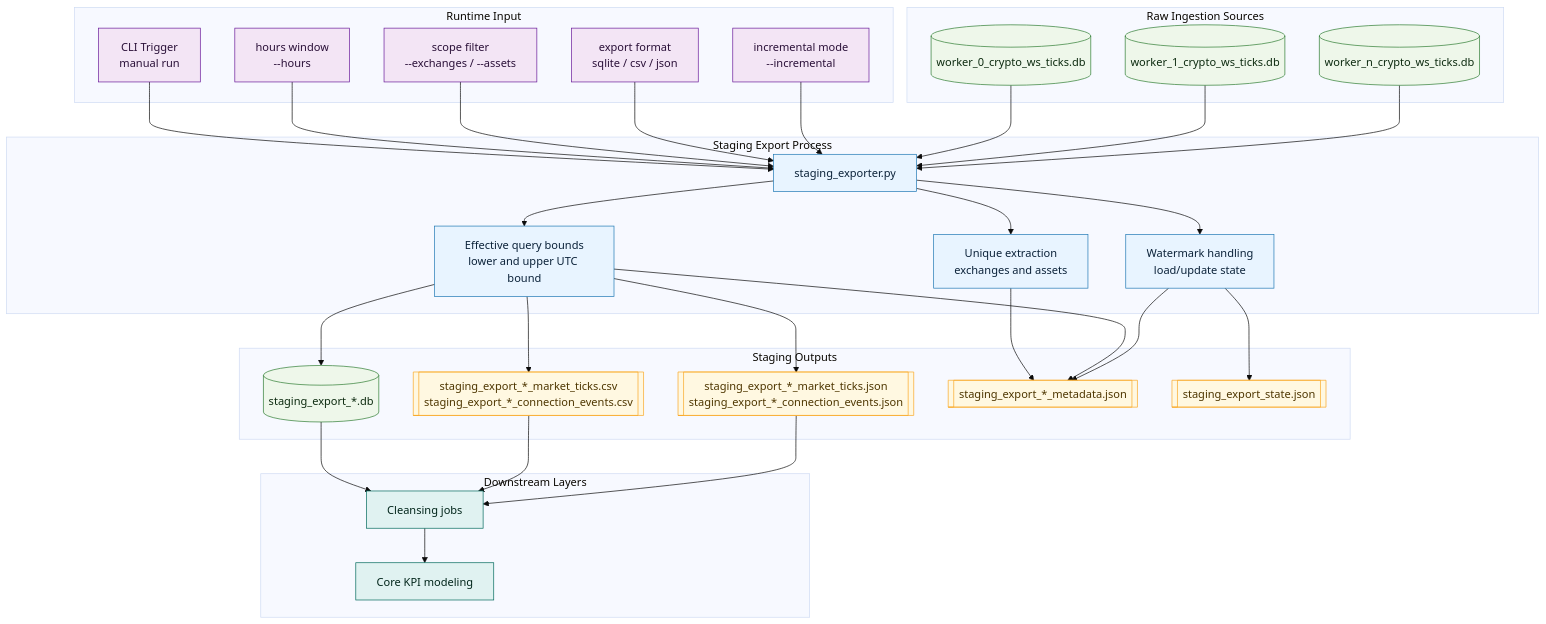
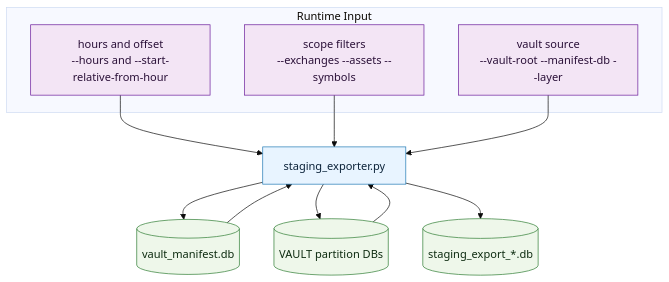
The diagram in diagrams/2_staging/uml_architecture_staging_export.mmd (laiki/crypto_DWH), drawn with Mermaid (base theme) before and after one commit. The commit also changed 172 other files, not shown here.

Commit message:
implementation of the new architecture

```diff
--- a/diagrams/2_staging/uml_architecture_staging_export.mmd
+++ b/diagrams/2_staging/uml_architecture_staging_export.mmd
@@ -1,73 +1,26 @@
 flowchart TB
     classDef proc fill:#e8f4ff,stroke:#1f78b4,stroke-width:1px,color:#0b2239
     classDef db fill:#eef7ea,stroke:#2e7d32,stroke-width:1px,color:#0d2b10
-    classDef file fill:#fff8e1,stroke:#f9a825,stroke-width:1px,color:#4e3600
     classDef cfg fill:#f3e5f5,stroke:#6a1b9a,stroke-width:1px,color:#2a1038
-    classDef out fill:#e0f2f1,stroke:#00695c,stroke-width:1px,color:#00251a
-
-    subgraph SRC[Raw Ingestion Sources]
-        W0[(worker_0_crypto_ws_ticks.db)]
-        W1[(worker_1_crypto_ws_ticks.db)]
-        WN[(worker_n_crypto_ws_ticks.db)]
-    end
-    class W0,W1,WN db
 
     subgraph CFG[Runtime Input]
-        CLI[CLI Trigger<br/>manual run]
-        P1[hours window<br/>--hours]
-        P2[scope filter<br/>--exchanges / --assets]
-        P3[export format<br/>sqlite / csv / json]
-        P4[incremental mode<br/>--incremental]
+        P1[hours and offset<br/>--hours and --start-relative-from-hour]
+        P2[scope filters<br/>--exchanges --assets --symbols]
+        P3[vault source<br/>--vault-root --manifest-db --layer]
     end
-    class CLI,P1,P2,P3,P4 cfg
+    class P1,P2,P3 cfg
 
-    subgraph STG[Staging Export Process]
-        EXP[staging_exporter.py]
-        WIN[Effective query bounds<br/>lower and upper UTC bound]
-        UNI[Unique extraction<br/>exchanges and assets]
-        WM[Watermark handling<br/>load/update state]
-    end
-    class EXP,WIN,UNI,WM proc
+    MAN[(vault_manifest.db)]:::db
+    PART[(VAULT partition DBs)]:::db
+    EXP[staging_exporter.py]:::proc
+    OUT[(staging_export_*.db)]:::db
 
-    subgraph OUT[Staging Outputs]
-        STGDB[(staging_export_*.db)]
-        STGCSV[[staging_export_*_market_ticks.csv<br/>staging_export_*_connection_events.csv]]
-        STGJSON[[staging_export_*_market_ticks.json<br/>staging_export_*_connection_events.json]]
-        META[[staging_export_*_metadata.json]]
-        STATE[[staging_export_state.json]]
-    end
-    class STGDB db
-    class STGCSV,STGJSON,META,STATE file
-
-    subgraph DWH[Downstream Layers]
-        CLN[Cleansing jobs]
-        CORE[Core KPI modeling]
-    end
-    class CLN,CORE out
-
-    CLI --> EXP
     P1 --> EXP
     P2 --> EXP
     P3 --> EXP
-    P4 --> EXP
 
-    W0 --> EXP
-    W1 --> EXP
-    WN --> EXP
-
-    EXP --> WIN
-    EXP --> UNI
-    EXP --> WM
-
-    WIN --> STGDB
-    WIN --> STGCSV
-    WIN --> STGJSON
-    UNI --> META
-    WIN --> META
-    WM --> STATE
-    WM --> META
-
-    STGDB --> CLN
-    STGCSV --> CLN
-    STGJSON --> CLN
-    CLN --> CORE
+    EXP --> MAN
+    MAN --> EXP
+    EXP --> PART
+    PART --> EXP
+    EXP --> OUT
```
